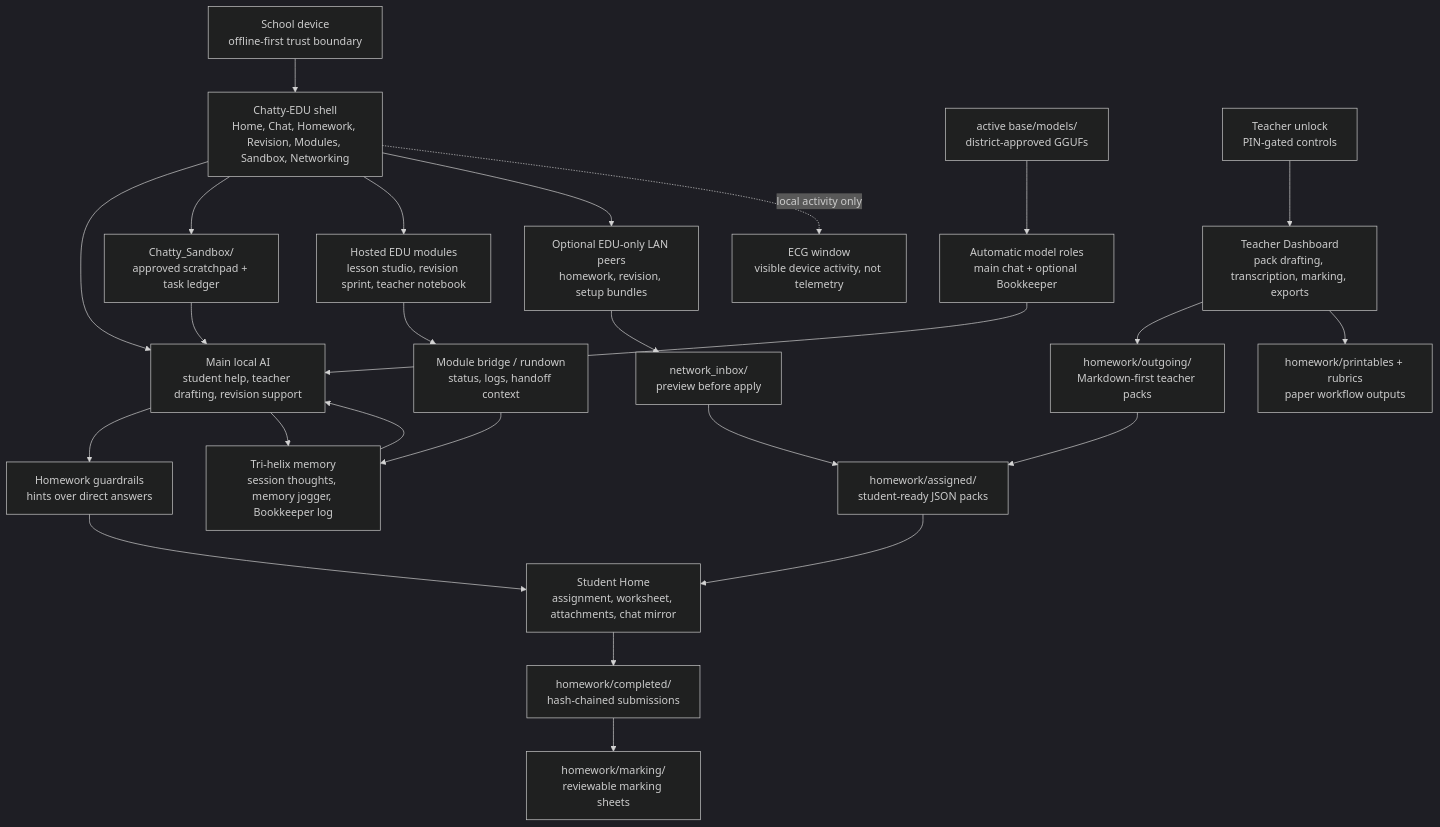
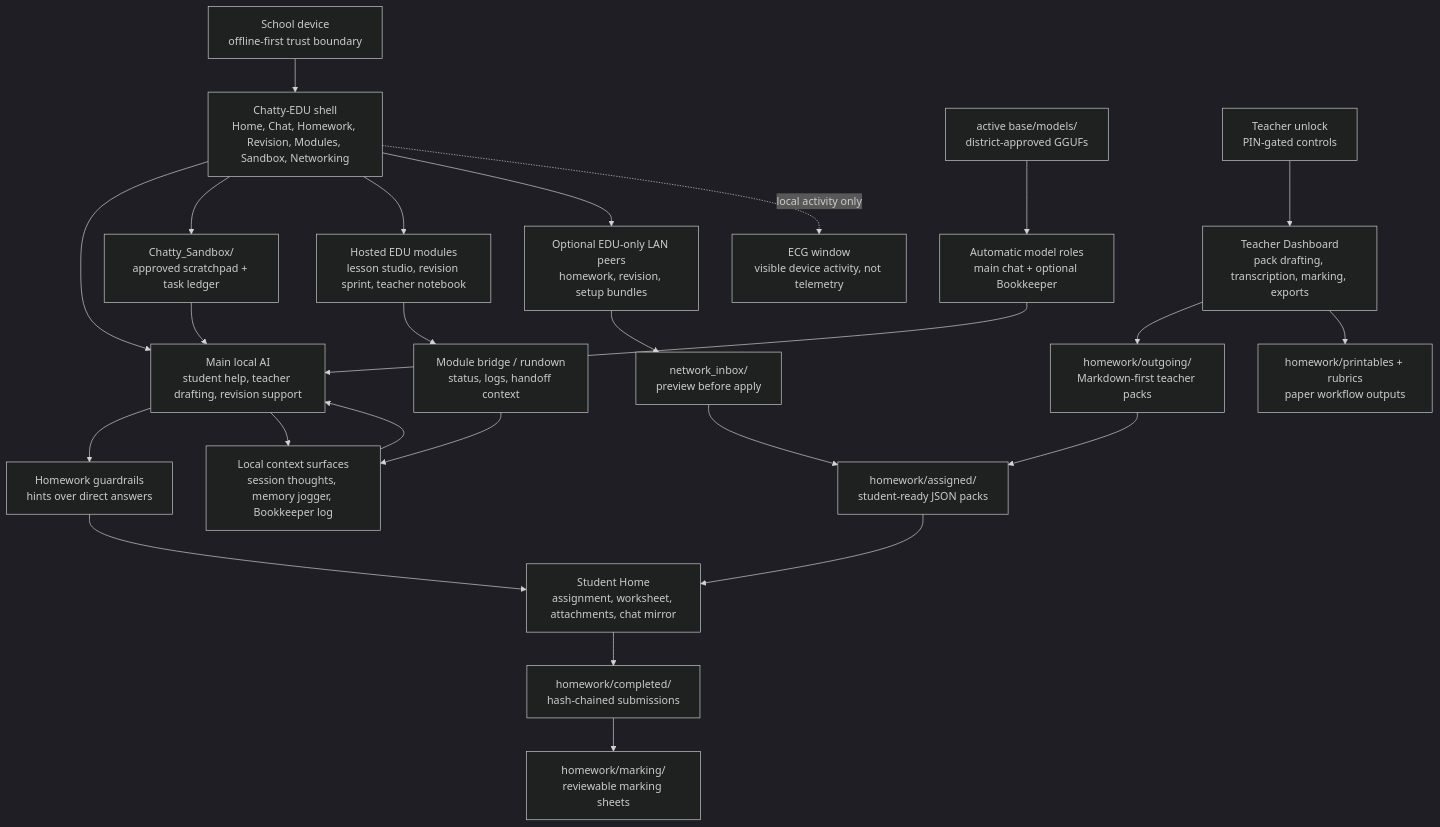
One commit to instance001/chatty-edu changed the diagram in README.md. Above: the diagram before and after it, drawn with Mermaid (dark theme). The commit also changed other lines of this file and 10 other files, not shown here.

Commit message:
Modernize local context terminology in Chatty-EDU

````diff
--- a/README.md
+++ b/README.md
@@ -82,34 +82,34 @@
 ```mermaid
 flowchart TB
     school["School device<br/>offline-first trust boundary"] --> shell["Chatty-EDU shell<br/>Home, Chat, Homework, Revision, Modules, Sandbox, Networking"]
 
     models["active base/models/<br/>district-approved GGUFs"] --> roles["Automatic model roles<br/>main chat + optional Bookkeeper"]
     roles --> chat["Main local AI<br/>student help, teacher drafting, revision support"]
     shell --> chat
 
     teacher["Teacher unlock<br/>PIN-gated controls"] --> dashboard["Teacher Dashboard<br/>pack drafting, transcription, marking, exports"]
     dashboard --> outgoing["homework/outgoing/<br/>Markdown-first teacher packs"]
     outgoing --> assigned["homework/assigned/<br/>student-ready JSON packs"]
     assigned --> home["Student Home<br/>assignment, worksheet, attachments, chat mirror"]
     home --> submissions["homework/completed/<br/>hash-chained submissions"]
     submissions --> marking["homework/marking/<br/>reviewable marking sheets"]
     dashboard --> printables["homework/printables + rubrics<br/>paper workflow outputs"]
 
     chat --> guardrails["Homework guardrails<br/>hints over direct answers"]
     guardrails --> home
-    chat --> memory["Tri-helix memory<br/>session thoughts, memory jogger, Bookkeeper log"]
+    chat --> memory["Local context surfaces<br/>session thoughts, memory jogger, Bookkeeper log"]
     memory --> chat
 
     shell --> sandbox["Chatty_Sandbox/<br/>approved scratchpad + task ledger"]
     sandbox --> chat
 
     shell --> modules["Hosted EDU modules<br/>lesson studio, revision sprint, teacher notebook"]
     modules --> bridge["Module bridge / rundown<br/>status, logs, handoff context"]
     bridge --> memory
 
     shell --> peers["Optional EDU-only LAN peers<br/>homework, revision, setup bundles"]
     peers --> inbox["network_inbox/<br/>preview before apply"]
     inbox --> assigned
 
     shell -. local activity only .-> ecg["ECG window<br/>visible device activity, not telemetry"]
 ```
````
